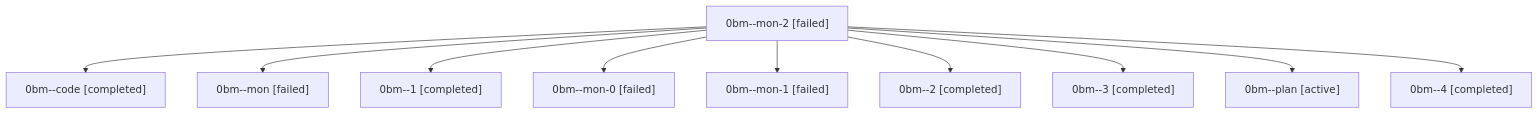
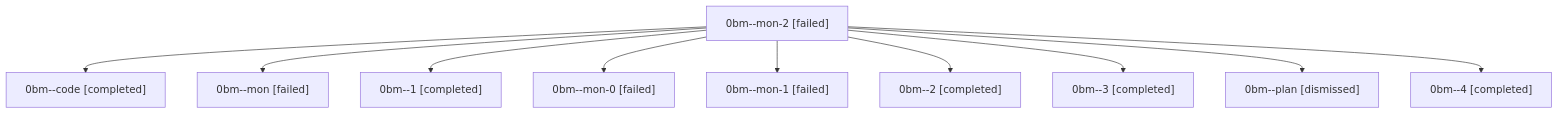
The diagram in sessions/bbugyi200.athena.0bm.md (sase-org/sase--agents), drawn with Mermaid before and after one commit. The commit also changed other lines of this file and 29 other files, not shown here.

````diff
--- a/sessions/bbugyi200.athena.0bm.md
+++ b/sessions/bbugyi200.athena.0bm.md
@@ -9,22 +9,22 @@
 ```mermaid
 flowchart TD
   n0["0bm--mon-2 [failed]"]
   n1["0bm--code [completed]"]
   n0 --> n1
   n2["0bm--mon [failed]"]
   n0 --> n2
   n3["0bm--1 [completed]"]
   n0 --> n3
   n4["0bm--mon-0 [failed]"]
   n0 --> n4
   n5["0bm--mon-1 [failed]"]
   n0 --> n5
   n6["0bm--2 [completed]"]
   n0 --> n6
   n7["0bm--3 [completed]"]
   n0 --> n7
-  n8["0bm--plan [active]"]
+  n8["0bm--plan [dismissed]"]
   n0 --> n8
   n9["0bm--4 [completed]"]
   n0 --> n9
 ```
````
